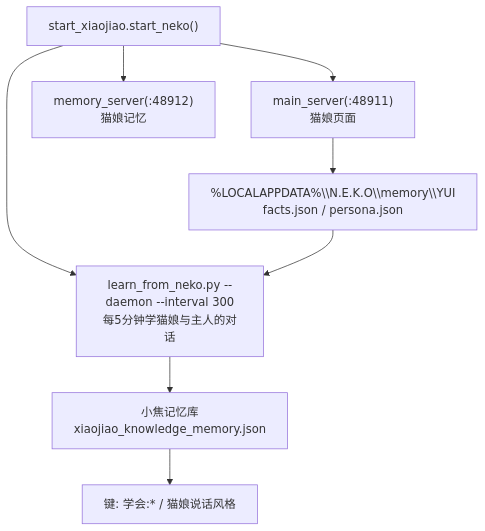
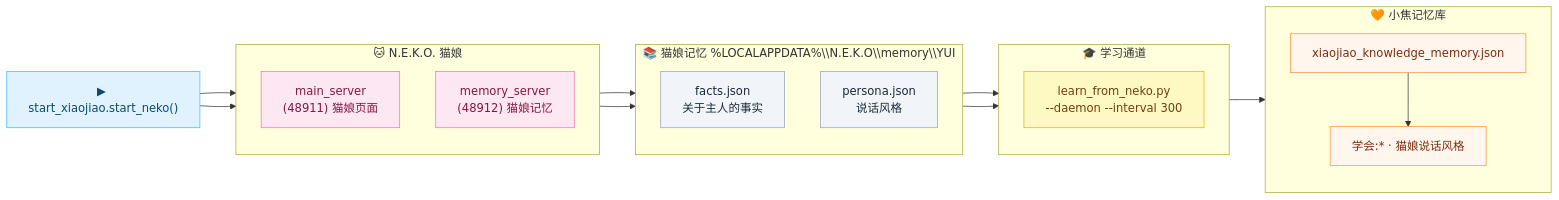
One commit to jiangchuangege/xiaojiao-harness changed the third of 3 diagrams in docs/architecture.md. Above: the diagram before and after it, drawn with Mermaid. The commit also changed other lines of this file and 1 other file, not shown here.

First line of the commit message:
docs: redesign all mermaid diagrams (layered, color-coded, cleaner)

````diff
--- a/docs/architecture.md
+++ b/docs/architecture.md
@@ -207,11 +237,43 @@
 ```mermaid
-flowchart TD
-    ST["start_xiaojiao.start_neko()"]
-    ST --> MS["main_server(:48911)<br/>猫娘页面"]
-    ST --> MEM["memory_server(:48912)<br/>猫娘记忆"]
-    ST --> LEARN["learn_from_neko.py --daemon --interval 300<br/>每5分钟学猫娘与主人的对话"]
-    MS --> YUI["%LOCALAPPDATA%\\N.E.K.O\\memory\\YUI<br/>facts.json / persona.json"]
-    YUI --> LEARN
-    LEARN --> KNOW["小焦记忆库<br/>xiaojiao_knowledge_memory.json"]
-    KNOW --> K2["键: 学会:* / 猫娘说话风格"]
+flowchart LR
+    ST["▶ start_xiaojiao.start_neko()"]
+
+    subgraph NEKO_SRV["🐱 N.E.K.O. 猫娘"]
+        direction TB
+        MS["main_server<br/>(48911) 猫娘页面"]
+        MEM["memory_server<br/>(48912) 猫娘记忆"]
+    end
+
+    subgraph SRC["📚 猫娘记忆 %LOCALAPPDATA%\\N.E.K.O\\memory\\YUI"]
+        direction TB
+        FACTS["facts.json<br/>关于主人的事实"]
+        PERSONA["persona.json<br/>说话风格"]
+    end
+
+    subgraph LEARN_FLOW["🎓 学习通道"]
+        direction TB
+        LEARN["learn_from_neko.py<br/>--daemon --interval 300"]
+    end
+
+    subgraph XJ_MEM["🧡 小焦记忆库"]
+        direction TB
+        KNOW["xiaojiao_knowledge_memory.json"]
+        K2["学会:* · 猫娘说话风格"]
+    end
+
+    ST --> MS & MEM
+    MS --> FACTS & PERSONA
+    FACTS & PERSONA --> LEARN
+    LEARN --> KNOW --> K2
+
+    classDef st fill:#e0f2fe,stroke:#38bdf8,color:#0c4a6e;
+    classDef neko fill:#fce7f3,stroke:#f472b6,color:#831843;
+    classDef src fill:#f1f5f9,stroke:#94a3b8,color:#1e293b;
+    classDef lrn fill:#fef9c3,stroke:#eab308,color:#713f12;
+    classDef xj fill:#fff7ed,stroke:#fb923c,color:#7c2d12;
+    class ST st;
+    class MS,MEM neko;
+    class FACTS,PERSONA src;
+    class LEARN lrn;
+    class KNOW,K2 xj;
 ```
````
